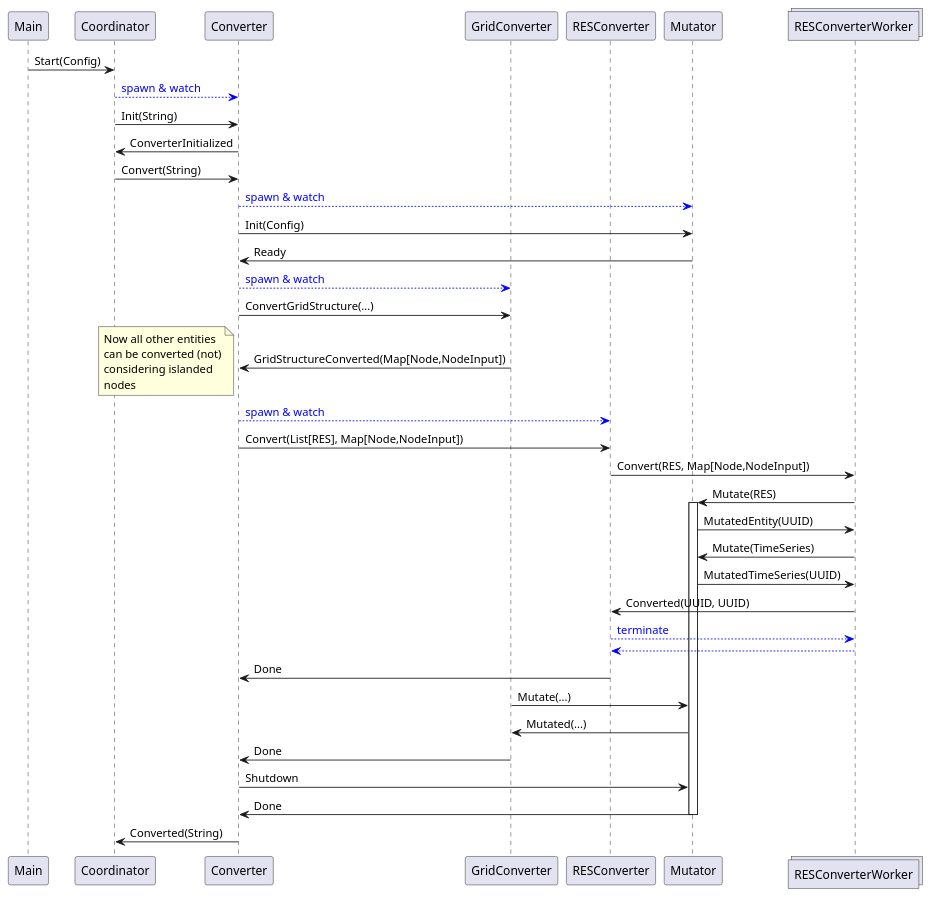
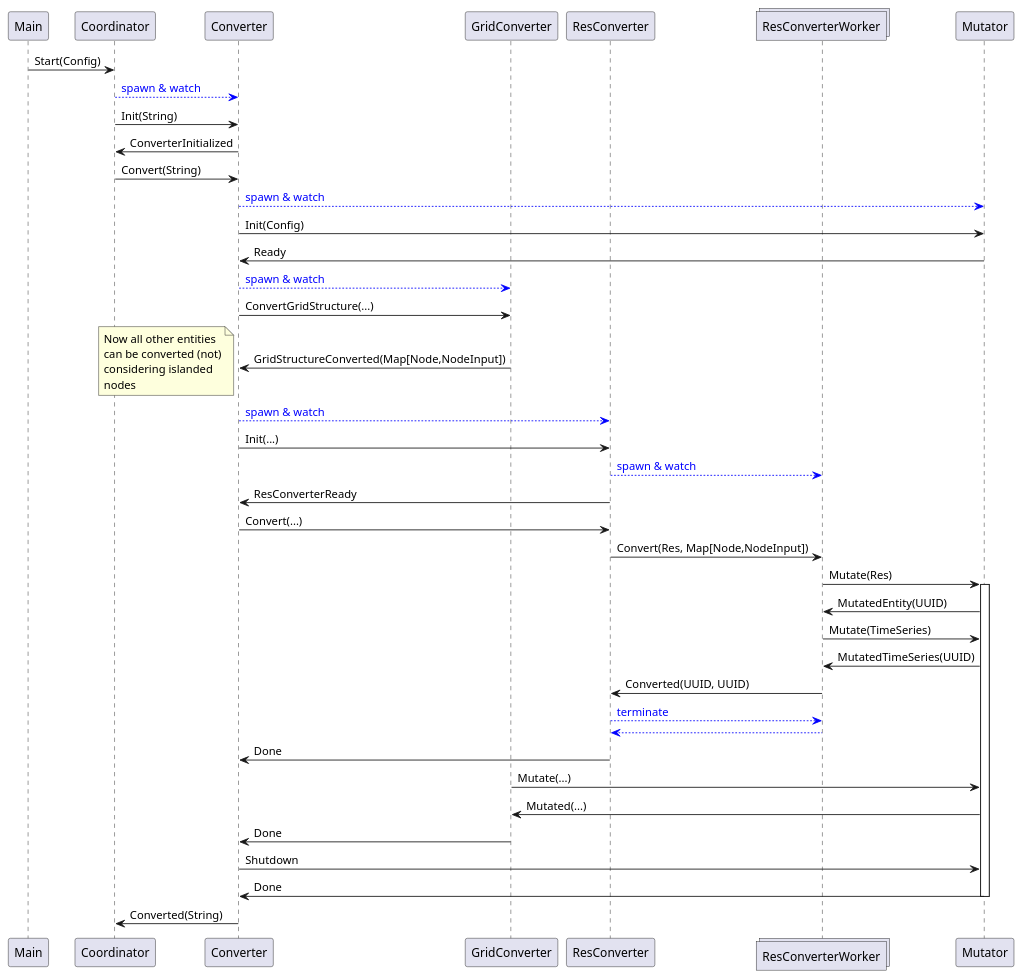
The diagram in docs/diagrams/protocol/protocol.puml (ie3-institute/simBench2psdm), drawn with PlantUML before and after one commit. The commit also changed 10 other files, not shown here.

Commit message:
Spawn a ResConverter and it's worker pool

```diff
--- a/docs/diagrams/protocol/protocol.puml
+++ b/docs/diagrams/protocol/protocol.puml
@@ -1,46 +1,49 @@
 @startuml
 
 participant Main
 participant Coordinator
 participant Converter
 participant GridConverter
-participant RESConverter
+participant ResConverter
+collections ResConverterWorker
 participant Mutator
-collections RESConverterWorker
 
 Main -> Coordinator: Start(Config)
 Coordinator --[#blue]> Converter: <font color=blue>spawn & watch</font>
 Coordinator -> Converter: Init(String)
 Coordinator <- Converter: ConverterInitialized
 Coordinator -> Converter: Convert(String)
 Converter --[#blue]> Mutator: <font color=blue>spawn & watch</font>
 Converter -> Mutator: Init(Config)
 Converter <- Mutator: Ready
 Converter --[#blue]> GridConverter: <font color=blue>spawn & watch</font>
 Converter -> GridConverter: ConvertGridStructure(...)
 Converter <- GridConverter: GridStructureConverted(Map[Node,NodeInput])
 note left: Now all other entities\ncan be converted (not)\nconsidering islanded\nnodes
 
-Converter --[#blue]> RESConverter: <font color=blue>spawn & watch</font>
-Converter -> RESConverter: Convert(List[RES], Map[Node,NodeInput])
-RESConverter -> RESConverterWorker: Convert(RES, Map[Node,NodeInput])
-RESConverterWorker -> Mutator: Mutate(RES)
+Converter --[#blue]> ResConverter: <font color=blue>spawn & watch</font>
+Converter -> ResConverter: Init(...)
+ResConverter --[#blue]> ResConverterWorker:  <font color=blue>spawn & watch</font>
+Converter <- ResConverter: ResConverterReady
+Converter -> ResConverter: Convert(...)
+ResConverter -> ResConverterWorker: Convert(Res, Map[Node,NodeInput])
+ResConverterWorker -> Mutator: Mutate(Res)
 activate Mutator
-RESConverterWorker <- Mutator: MutatedEntity(UUID)
-RESConverterWorker -> Mutator: Mutate(TimeSeries)
-RESConverterWorker <- Mutator: MutatedTimeSeries(UUID)
-RESConverter <- RESConverterWorker: Converted(UUID, UUID)
-RESConverter --[#blue]> RESConverterWorker: <font color=blue>terminate</font>
-RESConverter <--[#blue] RESConverterWorker
-Converter <- RESConverter: Done
+ResConverterWorker <- Mutator: MutatedEntity(UUID)
+ResConverterWorker -> Mutator: Mutate(TimeSeries)
+ResConverterWorker <- Mutator: MutatedTimeSeries(UUID)
+ResConverter <- ResConverterWorker: Converted(UUID, UUID)
+ResConverter --[#blue]> ResConverterWorker: <font color=blue>terminate</font>
+ResConverter <--[#blue] ResConverterWorker
+Converter <- ResConverter: Done
 
 GridConverter -> Mutator: Mutate(...)
 GridConverter <- Mutator: Mutated(...)
 Converter <- GridConverter: Done
 
 Converter -> Mutator: Shutdown
 Converter <- Mutator: Done
 deactivate Mutator
 
 Coordinator <- Converter: Converted(String)
 @enduml
```
